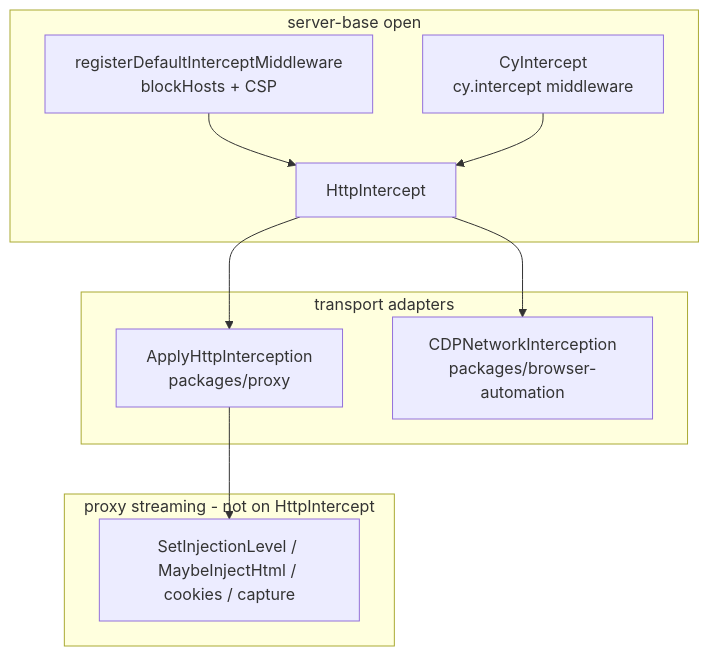
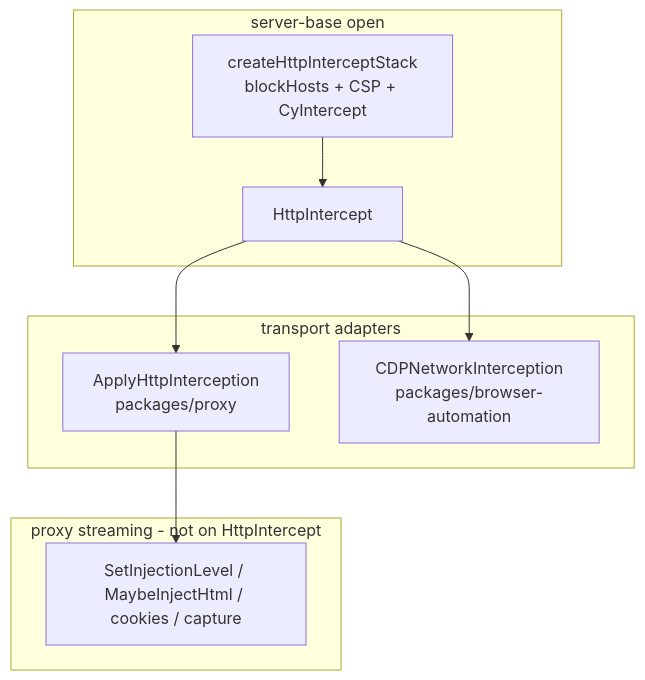
Before and after one commit to cypress-io/cypress: the diagram in packages/network-interception/README.md, drawn with Mermaid. The commit also changed other lines of this file and 27 other files, not shown here.

First line of the commit message:
refactor(network): trim intercept stack dead code and duplication

````diff
--- a/packages/network-interception/README.md
+++ b/packages/network-interception/README.md
@@ -59,19 +59,17 @@
 ```mermaid
 flowchart TB
   subgraph compositionRoot["server-base open"]
-    REG["registerDefaultInterceptMiddleware<br/>blockHosts + CSP"]
-    CI["CyIntercept<br/>cy.intercept middleware"]
-    REG --> HI[HttpIntercept]
-    CI --> HI
+    STACK["createHttpInterceptStack<br/>blockHosts + CSP + CyIntercept"]
+    STACK --> HI[HttpIntercept]
   end
   subgraph transportLayer["transport adapters"]
     MITM["ApplyHttpInterception<br/>packages/proxy"]
     FETCH["CDPNetworkInterception<br/>packages/browser-automation"]
   end
   subgraph proxyStreaming["proxy streaming - not on HttpIntercept"]
     STREAM["SetInjectionLevel / MaybeInjectHtml / cookies / capture"]
   end
   HI --> MITM
   HI --> FETCH
   MITM --> STREAM
 ```
````
